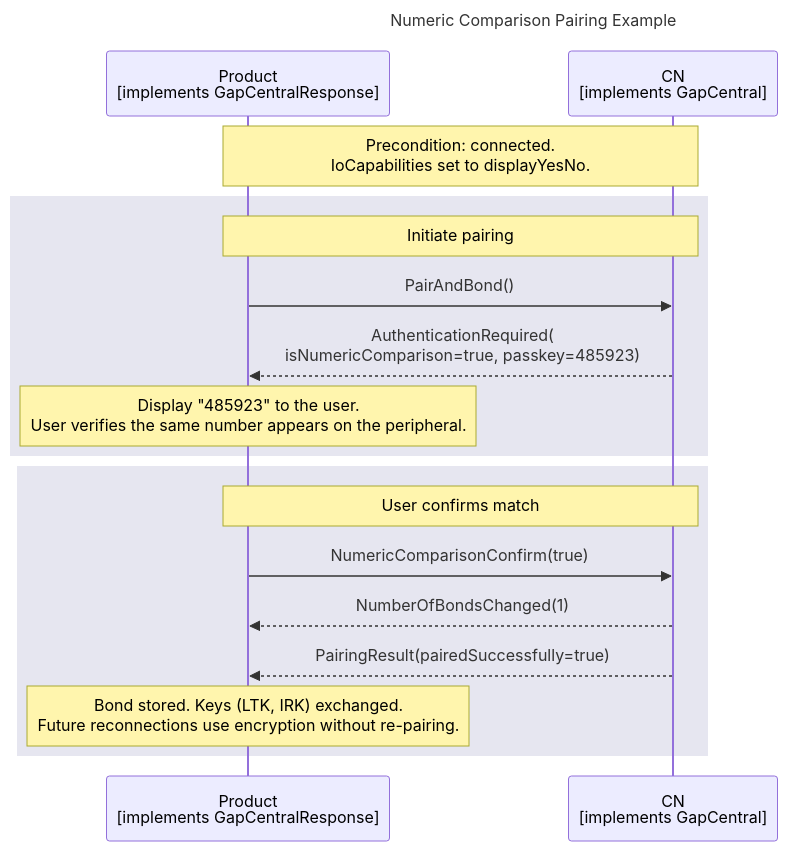
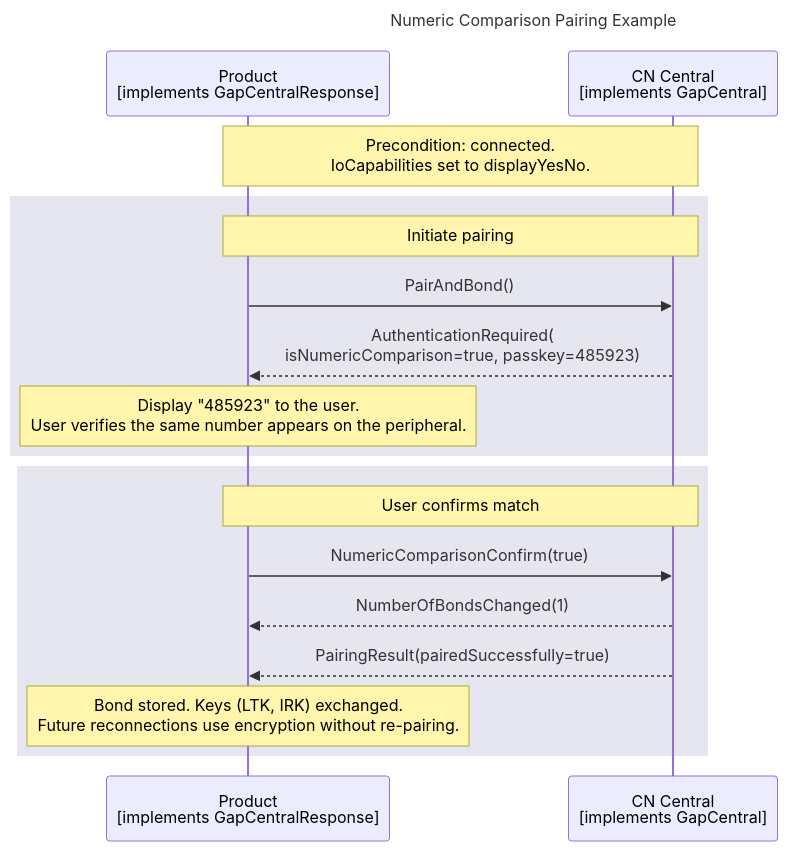
The diagram in documents/modules/ROOT/partials/echoservices/gap_central/GapCentral_NumericComparison_sequence_example.mmd (philips-software/amp-embedded-infra-lib), drawn with Mermaid before and after one commit. The commit also changed 32 other files, not shown here.

Commit message:
resolve issues with sequence diagrams

```diff
--- a/documents/modules/ROOT/partials/echoservices/gap_central/GapCentral_NumericComparison_sequence_example.mmd
+++ b/documents/modules/ROOT/partials/echoservices/gap_central/GapCentral_NumericComparison_sequence_example.mmd
@@ -1,24 +1,24 @@
 sequenceDiagram
     title Numeric Comparison Pairing Example
 
     participant Product as Product<br>[implements GapCentralResponse]
-    participant CN as CN<br>[implements GapCentral]
+    participant CN as CN Central<br>[implements GapCentral]
 
     note over Product, CN: Precondition: connected.<br>IoCapabilities set to displayYesNo.
 
     rect rgb(230, 230, 240)
         note over Product, CN: Initiate pairing
         Product->>CN: PairAndBond()
         CN-->>Product: AuthenticationRequired(<br>isNumericComparison=true, passkey=485923)
 
         note over Product: Display "485923" to the user.<br>User verifies the same number appears on the peripheral.
     end
 
     rect rgb(230, 230, 240)
         note over Product, CN: User confirms match
         Product->>CN: NumericComparisonConfirm(true)
         CN-->>Product: NumberOfBondsChanged(1)
         CN-->>Product: PairingResult(pairedSuccessfully=true)
 
         note over Product: Bond stored. Keys (LTK, IRK) exchanged.<br>Future reconnections use encryption without re-pairing.
     end
```
